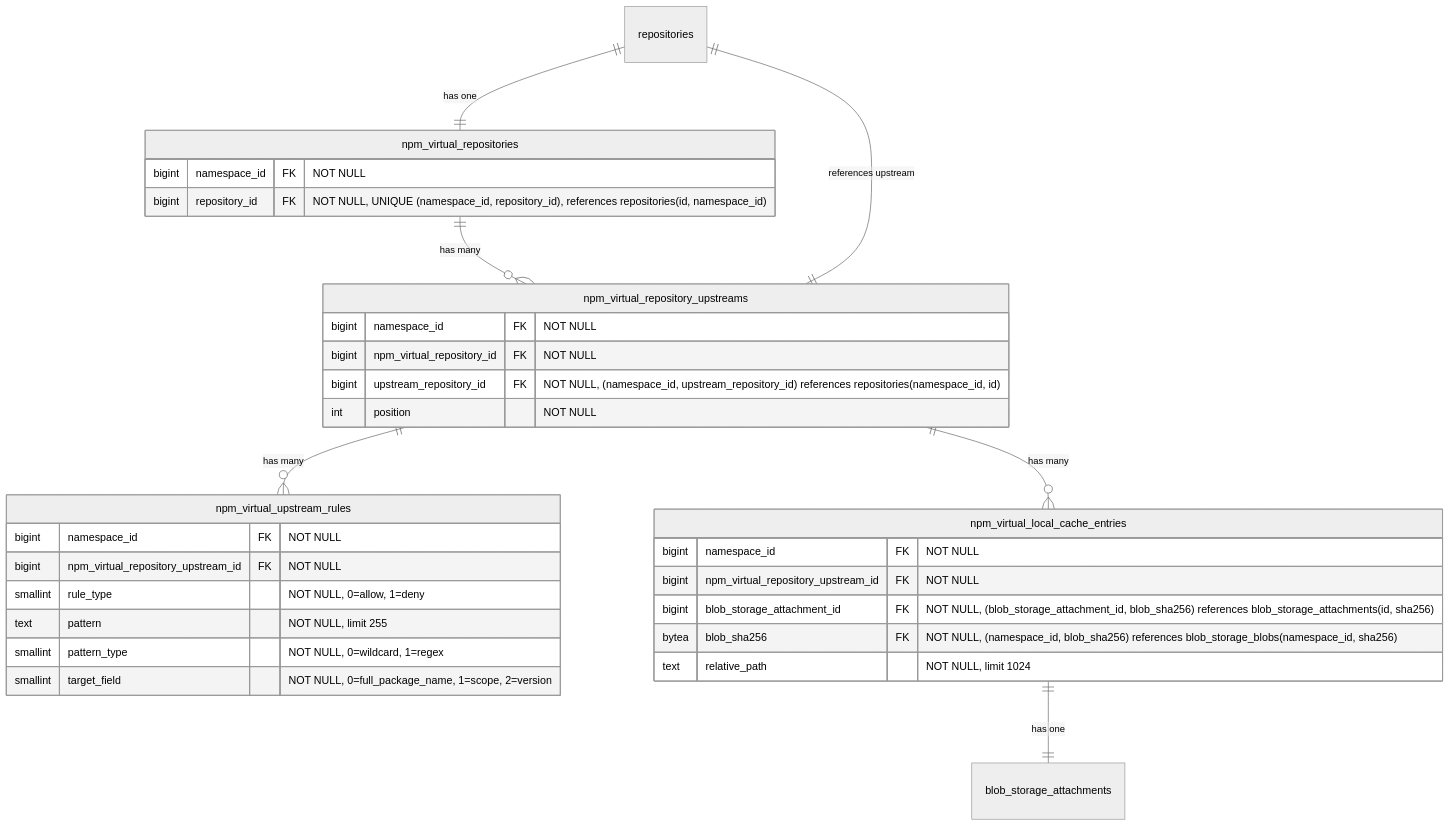
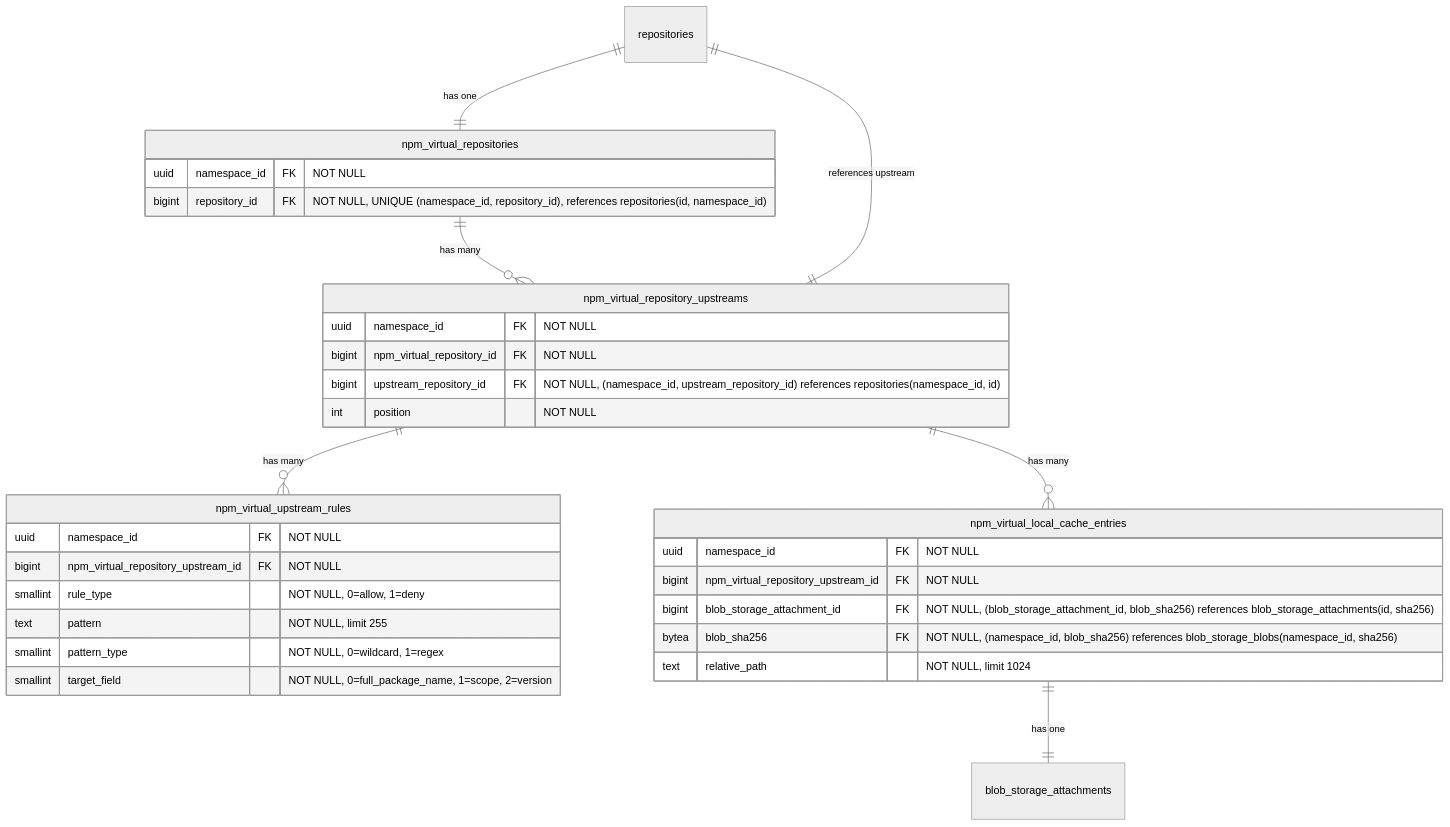
One commit to kyama0/gitlab-handbook-ja changed diagram 15 of 17 in content/handbook/engineering/architecture/design-documents/artifact_registry/decisions/007_database_schema.md. Above: the diagram before and after it, drawn with Mermaid (neutral theme). The commit also changed other lines of this file and 10 other files, not shown here.

Commit message:
translation: update 10 modified engineering architecture artifact_registry + ai editor-extensions files

````diff
--- a/content/handbook/engineering/architecture/design-documents/artifact_registry/decisions/007_database_schema.md
+++ b/content/handbook/engineering/architecture/design-documents/artifact_registry/decisions/007_database_schema.md
@@ -1079,38 +1079,38 @@
 ```mermaid
 erDiagram
     repositories ||--|| npm_virtual_repositories : "has one"
     npm_virtual_repositories ||--o{ npm_virtual_repository_upstreams : "has many"
     npm_virtual_repository_upstreams ||--|| repositories : "references upstream"
     npm_virtual_repository_upstreams ||--o{ npm_virtual_upstream_rules : "has many"
     npm_virtual_repository_upstreams ||--o{ npm_virtual_local_cache_entries : "has many"
     npm_virtual_local_cache_entries ||--|| blob_storage_attachments : "has one"
 
     npm_virtual_repositories {
-        bigint namespace_id FK "NOT NULL"
+        uuid namespace_id FK "NOT NULL"
         bigint repository_id FK "NOT NULL, UNIQUE (namespace_id, repository_id), references repositories(id, namespace_id)"
     }
 
     npm_virtual_repository_upstreams {
-        bigint namespace_id FK "NOT NULL"
+        uuid namespace_id FK "NOT NULL"
         bigint npm_virtual_repository_id FK "NOT NULL"
         bigint upstream_repository_id FK "NOT NULL, (namespace_id, upstream_repository_id) references repositories(namespace_id, id)"
         int position "NOT NULL"
     }
 
     npm_virtual_upstream_rules {
-        bigint namespace_id FK "NOT NULL"
+        uuid namespace_id FK "NOT NULL"
         bigint npm_virtual_repository_upstream_id FK "NOT NULL"
         smallint rule_type "NOT NULL, 0=allow, 1=deny"
         text pattern "NOT NULL, limit 255"
         smallint pattern_type "NOT NULL, 0=wildcard, 1=regex"
         smallint target_field "NOT NULL, 0=full_package_name, 1=scope, 2=version"
     }
 
     npm_virtual_local_cache_entries {
-        bigint namespace_id FK "NOT NULL"
+        uuid namespace_id FK "NOT NULL"
         bigint npm_virtual_repository_upstream_id FK "NOT NULL"
         bigint blob_storage_attachment_id FK "NOT NULL, (blob_storage_attachment_id, blob_sha256) references blob_storage_attachments(id, sha256)"
         bytea blob_sha256 FK "NOT NULL, (namespace_id, blob_sha256) references blob_storage_blobs(namespace_id, sha256)"
         text relative_path "NOT NULL, limit 1024"
     }
 ```
````
